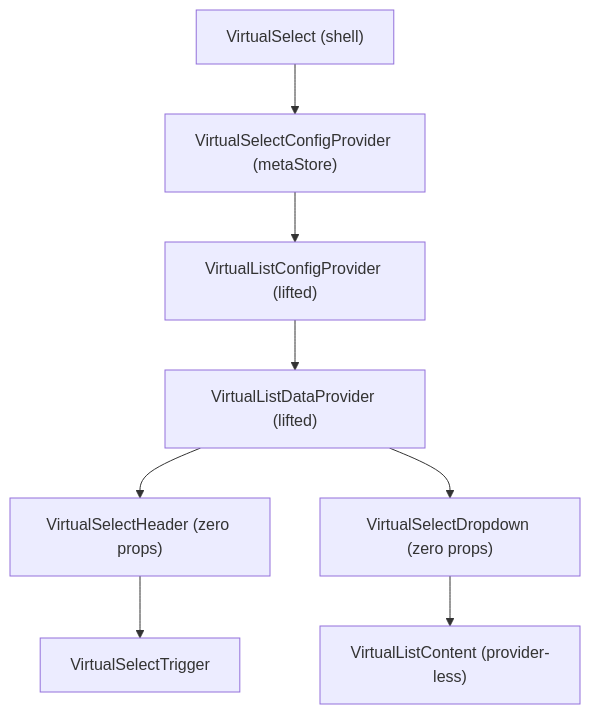
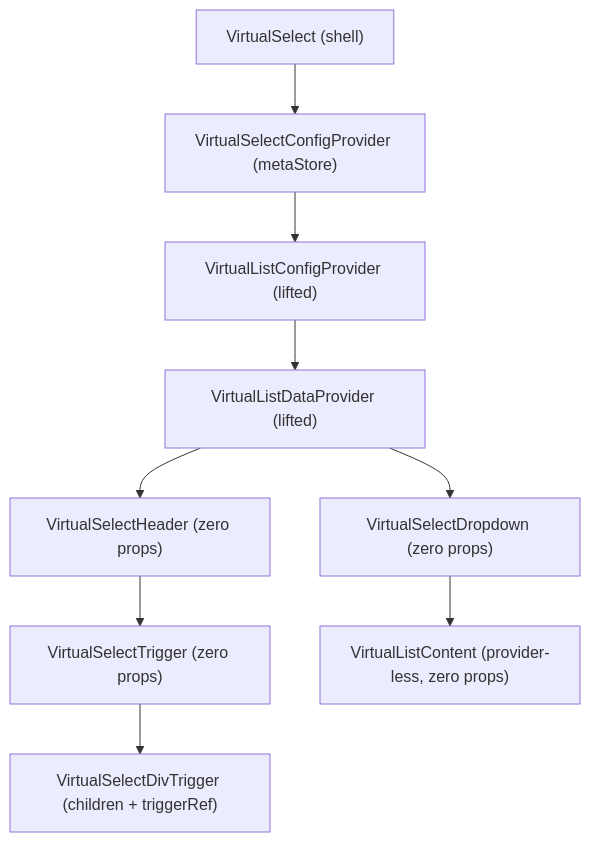
Before and after one commit to luciocabrera/lcabrera-stack: the first of 3 diagrams in packages/ui/src/components/VirtualSelect/ARCHITECTURE.md, drawn with Mermaid. The commit also changed other lines of this file and 48 other files, not shown here.

First line of the commit message:
refactor(VirtualSelect): streamline dropdown and header components

````diff
--- a/packages/ui/src/components/VirtualSelect/ARCHITECTURE.md
+++ b/packages/ui/src/components/VirtualSelect/ARCHITECTURE.md
@@ -47,10 +47,11 @@
 ```mermaid
 graph TD
   VS["VirtualSelect (shell)"] --> SCFG["VirtualSelectConfigProvider (metaStore)"]
   SCFG --> LCFG["VirtualListConfigProvider (lifted)"]
   LCFG --> LDATA["VirtualListDataProvider (lifted)"]
   LDATA --> VSH["VirtualSelectHeader (zero props)"]
   LDATA --> VSD["VirtualSelectDropdown (zero props)"]
-  VSH --> VST["VirtualSelectTrigger"]
-  VSD --> VLC["VirtualListContent (provider-less)"]
+  VSH --> VST["VirtualSelectTrigger (zero props)"]
+  VST --> VSDT["VirtualSelectDivTrigger (children + triggerRef)"]
+  VSD --> VLC["VirtualListContent (provider-less, zero props)"]
 ```
````
